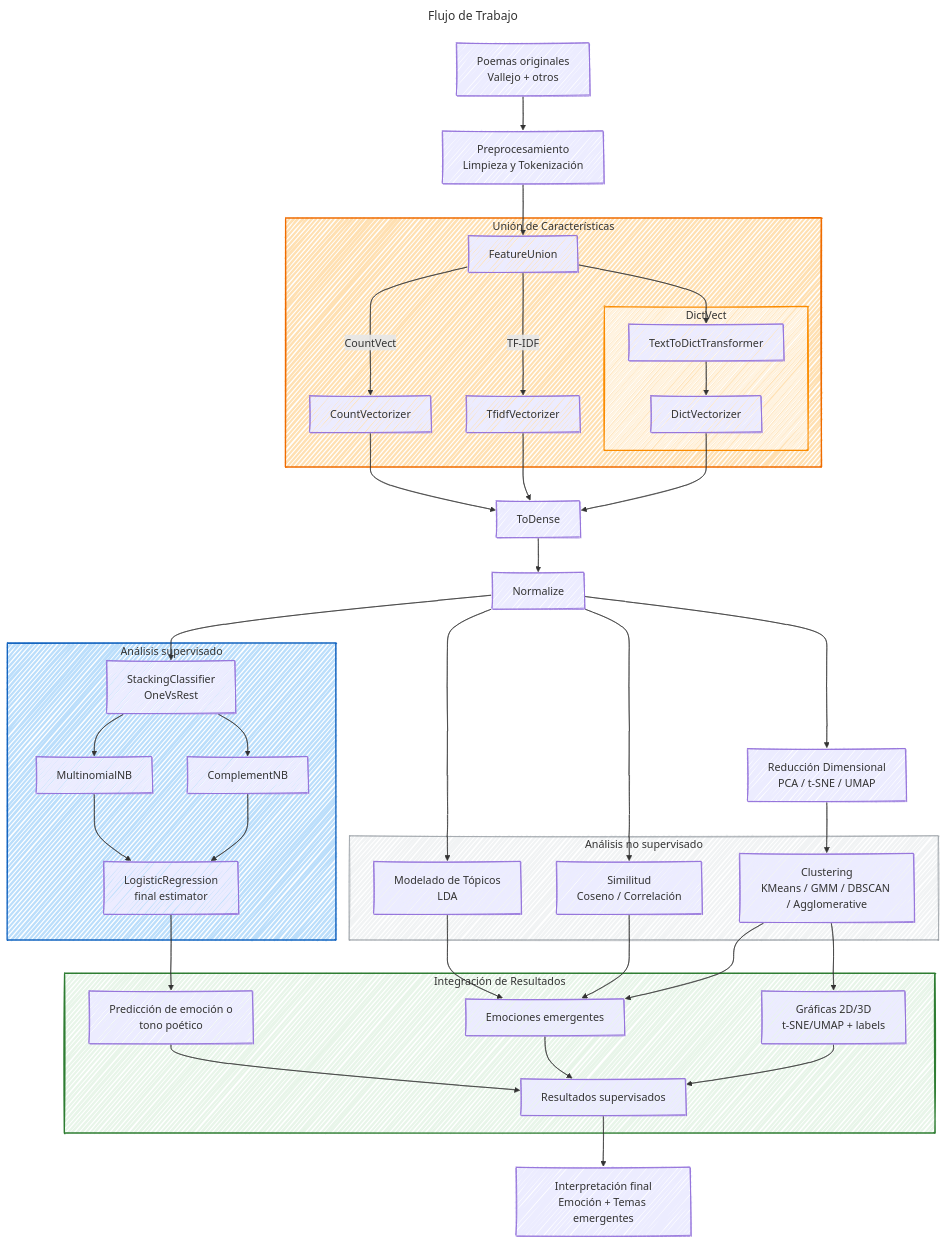
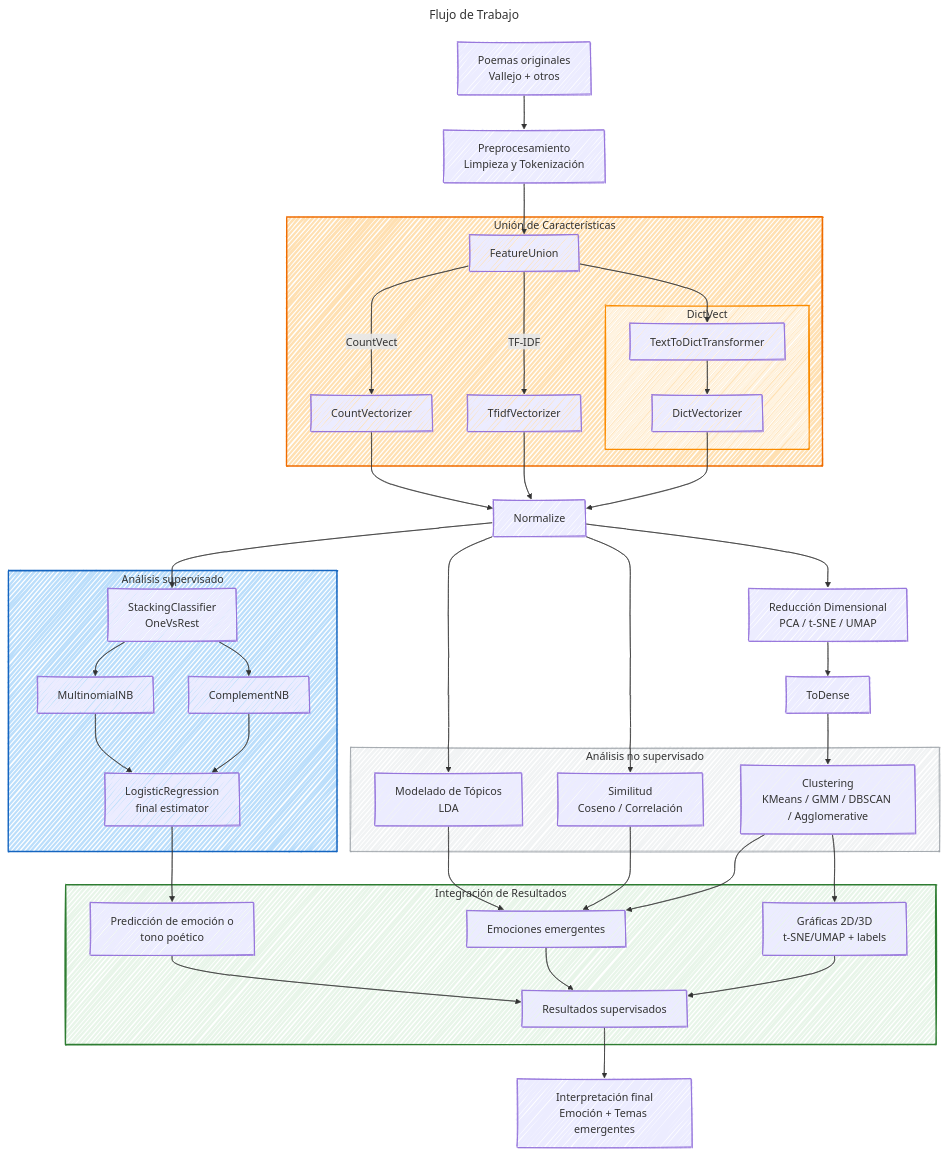
Before and after one commit to HubertRonald/VersoVector: the diagram in README.md, drawn with Mermaid. The commit also changed 7 other files, not shown here.

```diff
--- a/README.md
+++ b/README.md
@@ -83,15 +83,16 @@
     end
 
     %% unión de features
-    S21 --> S3[ToDense]
-    S22 --> S3[ToDense]
-    DV2 --> S3[ToDense]
+    S21 --> S4[Normalize]
+    S22 --> S4[Normalize]
+    DV2 --> S4[Normalize]
 
-    S3 --> S4[Normalize]
+    
 
     %% Paso opcional de reducción dimensional
     S4 --> D[Reducción Dimensional<br>PCA / t-SNE / UMAP]
-    D --> E[Clustering<br>KMeans / GMM / DBSCAN / Agglomerative]
+    D --> S3[ToDense]
+    S3 --> E[Clustering<br>KMeans / GMM / DBSCAN / Agglomerative]
 
     %% Ramas no supervisadas
     subgraph Clustering["Análisis no supervisado"]
```
